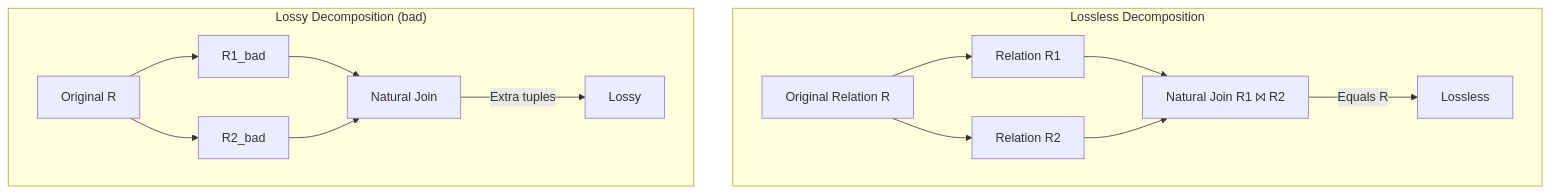
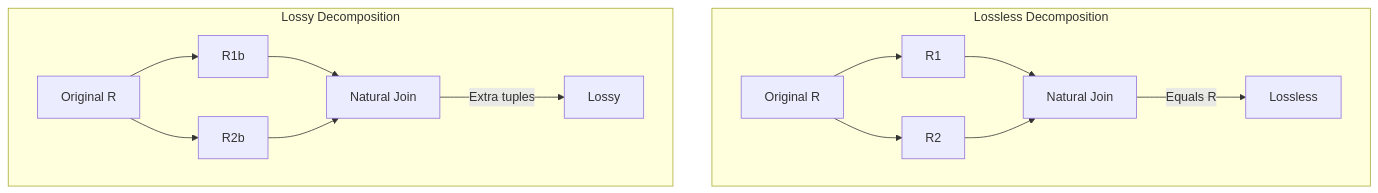
Before and after one commit to manishkumar8312/CS-Fundamentals: the sixth of 8 diagrams in DBMS/Ch 07 - Normalization.md, drawn with Mermaid. The commit also changed other lines of this file, not shown here.

````diff
--- a/DBMS/Ch 07 - Normalization.md
+++ b/DBMS/Ch 07 - Normalization.md
@@ -142,17 +230,17 @@
 ```mermaid
 flowchart TD
     subgraph "Lossless Decomposition"
-        R[Original Relation R] --> R1[Relation R1]
-        R --> R2[Relation R2]
-        R1 --> J[Natural Join R1 ⨝ R2]
+        R[Original R] --> R1
+        R --> R2
+        R1 --> J[Natural Join]
         R2 --> J
         J -->|Equals R| Check[Lossless]
     end
-    subgraph "Lossy Decomposition (bad)"
-        R_bad[Original R] --> R1_bad
-        R_bad --> R2_bad
-        R1_bad --> J_bad[Natural Join]
-        R2_bad --> J_bad
-        J_bad -->|Extra tuples| Lossy[Lossy]
+    subgraph "Lossy Decomposition"
+        Rb[Original R] --> R1b
+        Rb --> R2b
+        R1b --> Jb[Natural Join]
+        R2b --> Jb
+        Jb -->|Extra tuples| Lossy[Lossy]
     end
 ```
````
